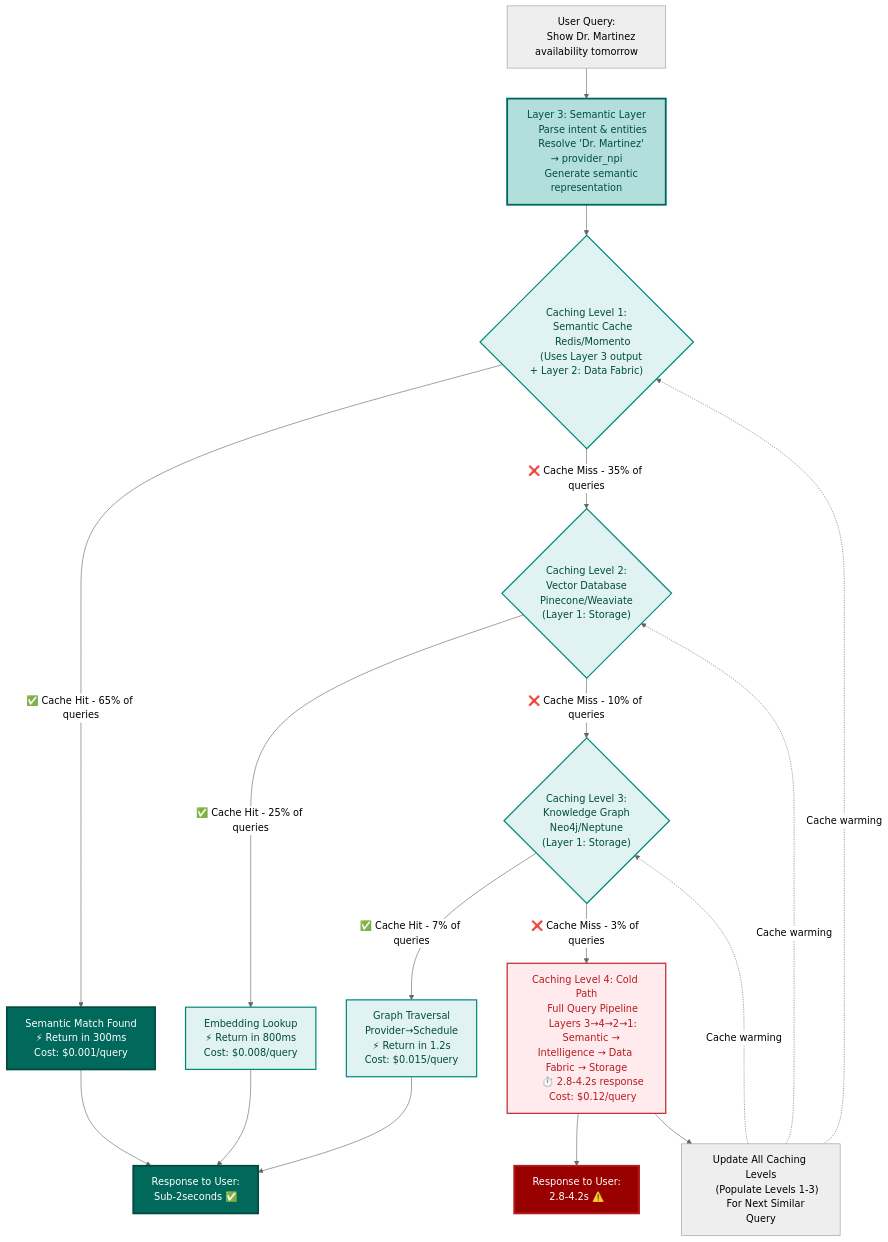
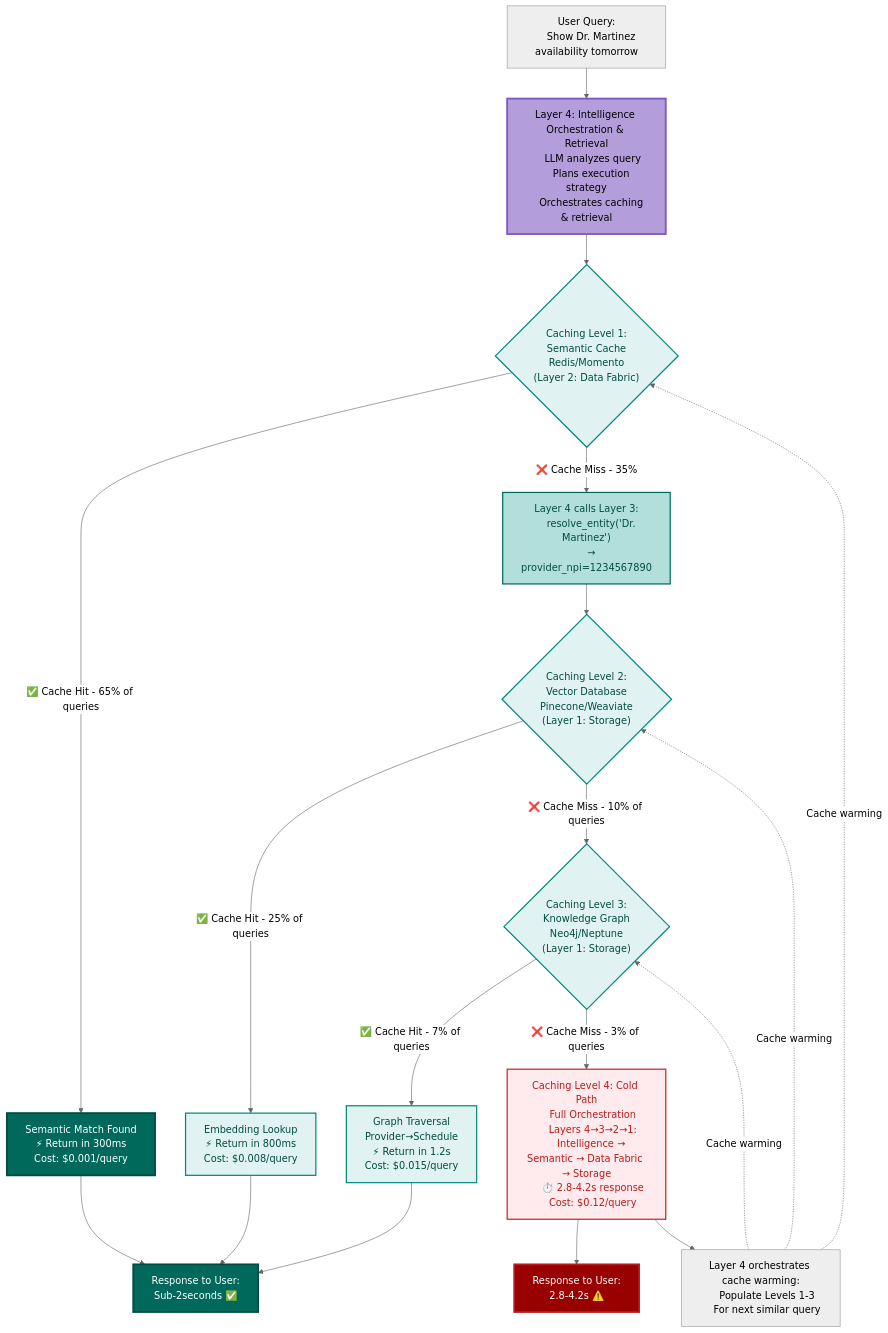
One commit to colaberry/enterprise-data-readiness-ai-agents changed the fifth of 11 diagrams in chapter-02/chapter_2_complete.md. Above: the diagram before and after it, drawn with Mermaid (neutral theme). The commit also changed other lines of this file and 1 other file, not shown here.

First line of the commit message:
diagrams updated to fix discrepencies

````diff
--- a/chapter-02/chapter_2_complete.md
+++ b/chapter-02/chapter_2_complete.md
@@ -689,72 +701,77 @@
 ```mermaid
 graph TD
     Q["User Query:
     Show Dr. Martinez availability tomorrow"]
     
-    Q --> SEM["Layer 3: Semantic Layer
-    Parse intent & entities
-    Resolve 'Dr. Martinez' → provider_npi
-    Generate semantic representation"]
+    Q --> L4["Layer 4: Intelligence Orchestration & Retrieval
+    LLM analyzes query
+    Plans execution strategy
+    Orchestrates caching & retrieval"]
     
-    SEM --> L1{"Caching Level 1:
+    L4 --> L1{"Caching Level 1:
     Semantic Cache
     Redis/Momento
-    (Uses Layer 3 output + Layer 2: Data Fabric)"}
+    (Layer 2: Data Fabric)"}
     
     L1 -->|✅ Cache Hit - 65% of queries| C1["Semantic Match Found
     ⚡ Return in 300ms
     Cost: $0.001/query"]
     
-    L1 -->|❌ Cache Miss - 35% of queries| L2{"Caching Level 2:
+    L1 -->|❌ Cache Miss - 35%| RESOLVE["Layer 4 calls Layer 3:
+    resolve_entity('Dr. Martinez')
+    → provider_npi=1234567890"]
+    
+    RESOLVE --> L2{"Caching Level 2:
     Vector Database
     Pinecone/Weaviate
     (Layer 1: Storage)"}
     
     L2 -->|✅ Cache Hit - 25% of queries| C2["Embedding Lookup
     ⚡ Return in 800ms
     Cost: $0.008/query"]
     
     L2 -->|❌ Cache Miss - 10% of queries| L3{"Caching Level 3:
     Knowledge Graph
     Neo4j/Neptune
     (Layer 1: Storage)"}
     
     L3 -->|✅ Cache Hit - 7% of queries| C3["Graph Traversal
     Provider→Schedule
     ⚡ Return in 1.2s
     Cost: $0.015/query"]
     
-    L3 -->|❌ Cache Miss - 3% of queries| L4["Caching Level 4: Cold Path
-    Full Query Pipeline
-    Layers 3→4→2→1:
-    Semantic → Intelligence → Data Fabric → Storage
+    L3 -->|❌ Cache Miss - 3% of queries| COLD["Caching Level 4: Cold Path
+    Full Orchestration
+    Layers 4→3→2→1:
+    Intelligence → Semantic → Data Fabric → Storage
     ⏱️ 2.8-4.2s response
     Cost: $0.12/query"]
     
     C1 --> R["Response to User:
     Sub-2seconds ✅"]
     C2 --> R
     C3 --> R
-    L4 --> SLOW["Response to User:
+    COLD --> SLOW["Response to User:
     2.8-4.2s ⚠️"]
     
-    L4 --> U["Update All Caching Levels
-    (Populate Levels 1-3)
-    For Next Similar Query"]
+    COLD --> U["Layer 4 orchestrates cache warming:
+    Populate Levels 1-3
+    For next similar query"]
     
     U -.->|Cache warming| L1
     U -.->|Cache warming| L2
     U -.->|Cache warming| L3
     
-    style SEM fill:#b2dfdb,stroke:#00695c,stroke-width:3px,color:#004d40
+    style L4 fill:#b39ddb,stroke:#7e57c2,stroke-width:3px,color:#000000
+    style RESOLVE fill:#b2dfdb,stroke:#00695c,stroke-width:2px,color:#004d40
     style C1 fill:#00695c,color:#ffffff,stroke:#004d40,stroke-width:3px
     style C2 fill:#e0f2f1,stroke:#00897b,stroke-width:2px,color:#004d40
     style C3 fill:#e0f2f1,stroke:#00897b,stroke-width:2px,color:#004d40
-    style L4 fill:#ffebee,stroke:#c62828,stroke-width:2px,color:#b71c1c
+    style COLD fill:#ffebee,stroke:#c62828,stroke-width:2px,color:#b71c1c
     style R fill:#00695c,color:#ffffff,stroke:#004d40,stroke-width:3px
     style SLOW fill:#990000,color:#ffffff,stroke:#b71c1c,stroke-width:3px
     
     style L1 fill:#e0f2f1,stroke:#00897b,stroke-width:2px,color:#004d40
     style L2 fill:#e0f2f1,stroke:#00897b,stroke-width:2px,color:#004d40
     style L3 fill:#e0f2f1,stroke:#00897b,stroke-width:2px,color:#004d40
 ```
````
